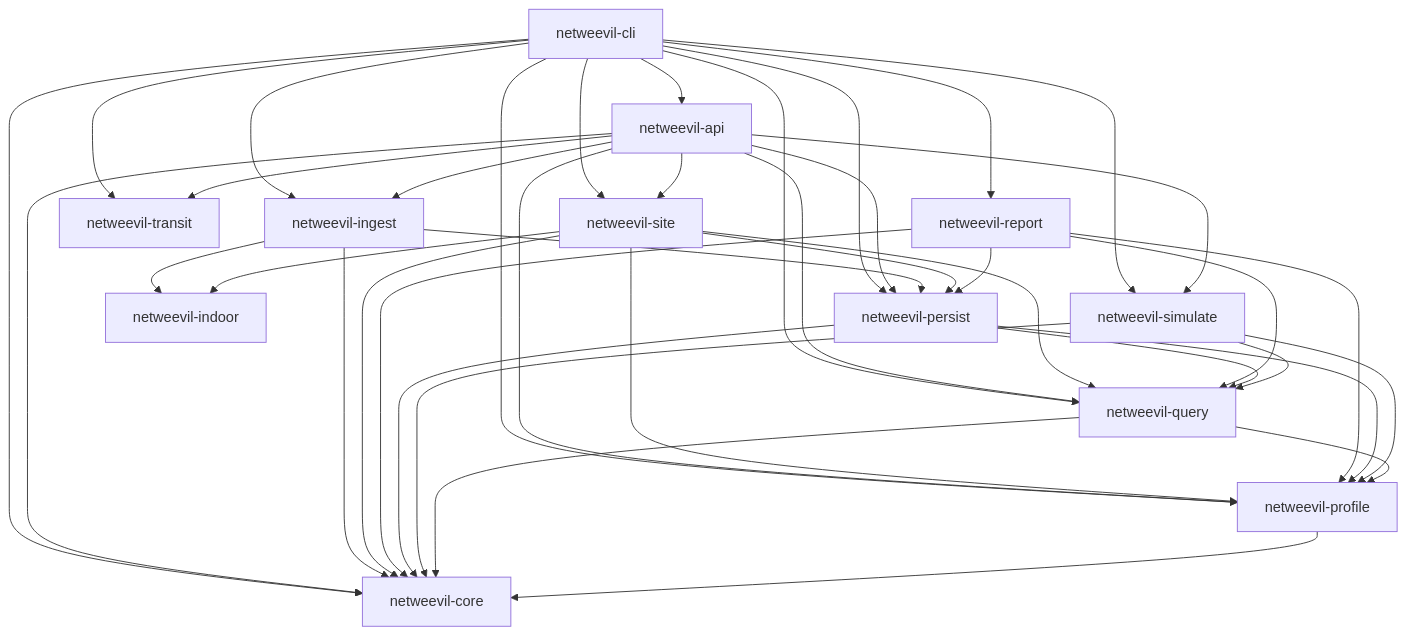
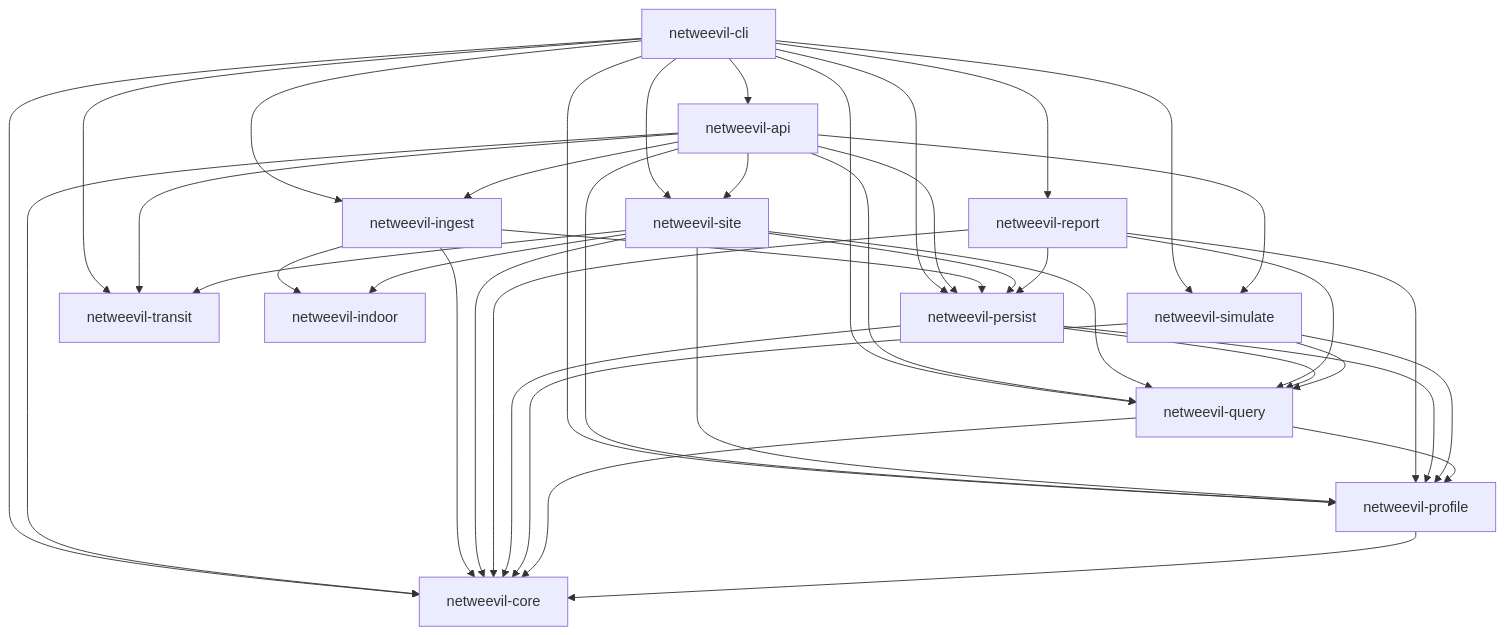
The first of 2 diagrams in docs/concepts/architecture.md (elqniemi/netweevil), drawn with Mermaid before and after one commit. The commit also changed 28 other files, not shown here.

````diff
--- a/docs/concepts/architecture.md
+++ b/docs/concepts/architecture.md
@@ -30,63 +30,64 @@
 ```mermaid
 graph TD
     cli[netweevil-cli]
     api[netweevil-api]
     ingest[netweevil-ingest]
     report[netweevil-report]
     simulate[netweevil-simulate]
     persist[netweevil-persist]
     query[netweevil-query]
     profile[netweevil-profile]
     transit[netweevil-transit]
     site[netweevil-site]
     indoor[netweevil-indoor]
     core[netweevil-core]
 
     cli --> api
     cli --> ingest
     cli --> report
     cli --> simulate
     cli --> persist
     cli --> query
     cli --> profile
     cli --> transit
     cli --> site
     cli --> core
 
     api --> ingest
     api --> simulate
     api --> persist
     api --> query
     api --> profile
     api --> transit
     api --> site
     api --> core
 
     ingest --> persist
     ingest --> indoor
     ingest --> core
 
     site --> persist
     site --> query
     site --> profile
+    site --> transit
     site --> indoor
     site --> core
 
     report --> persist
     report --> query
     report --> profile
     report --> core
 
     persist --> query
     persist --> profile
     persist --> core
 
     simulate --> query
     simulate --> profile
     simulate --> core
 
     query --> profile
     query --> core
 
     profile --> core
 ```
````
